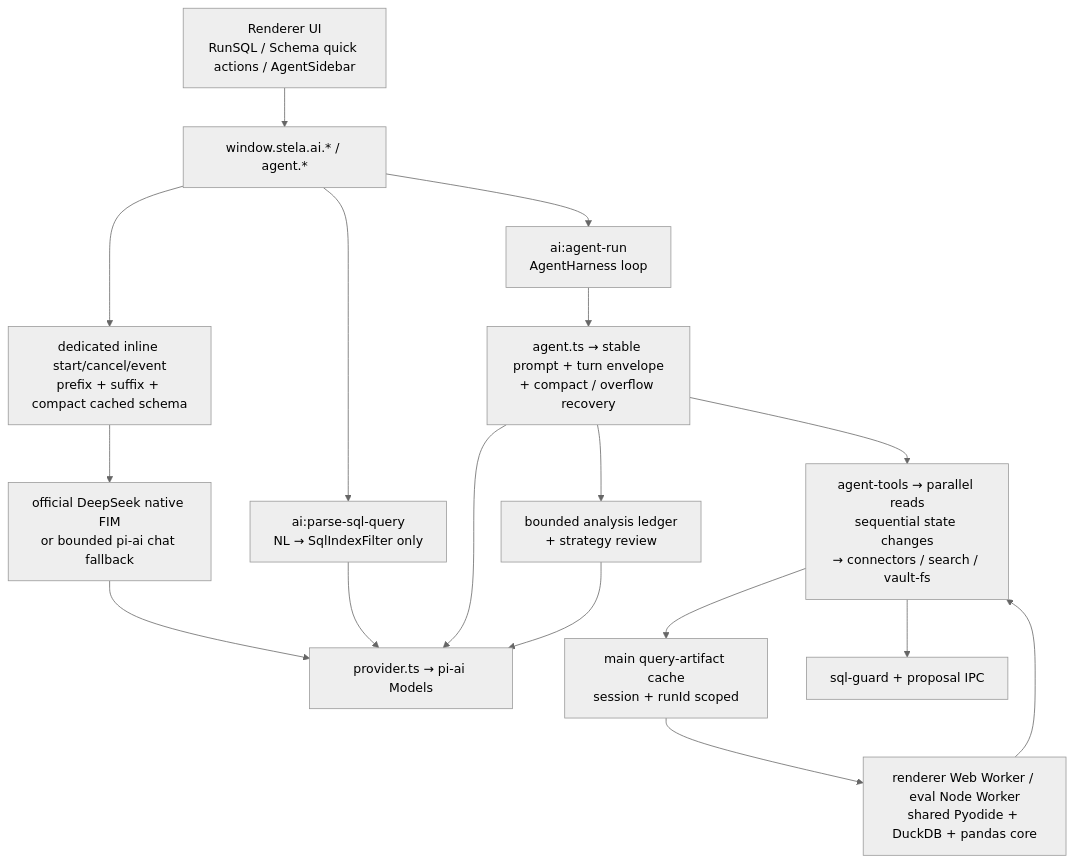
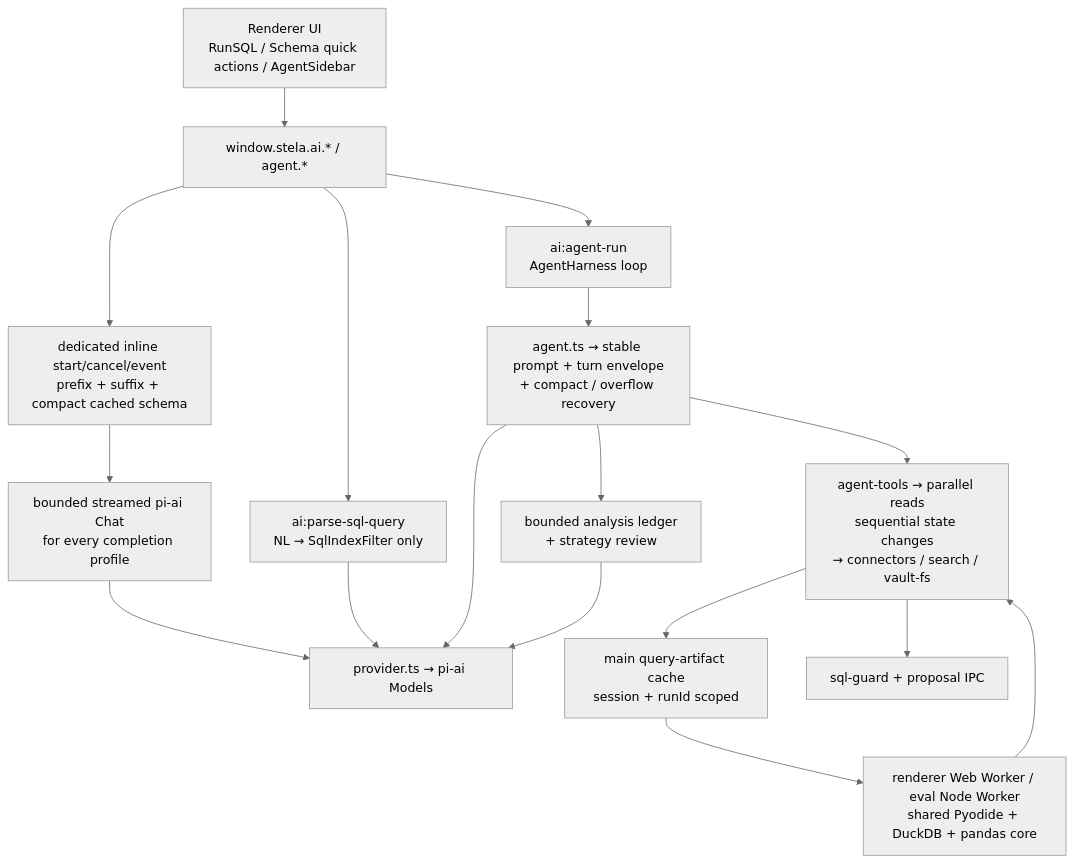
Before and after one commit to ay27/Stela: the second of 2 diagrams in docs/ARCHITECTURE.md, drawn with Mermaid (neutral theme). The commit also changed other lines of this file and 33 other files, not shown here.

````diff
--- a/docs/ARCHITECTURE.md
+++ b/docs/ARCHITECTURE.md
@@ -406,28 +406,28 @@
 ```mermaid
 flowchart TB
   UI["Renderer UI\nRunSQL / Schema quick actions / AgentSidebar"]
   PRE["window.stela.ai.* / agent.*"]
   INLINE["dedicated inline start/cancel/event\nprefix + suffix + compact cached schema"]
-  FIM["official DeepSeek native FIM\nor bounded pi-ai chat fallback"]
+  COMP["bounded streamed pi-ai Chat\nfor every completion profile"]
   PARSE["ai:parse-sql-query\nNL → SqlIndexFilter only"]
   AGENT["ai:agent-run\nAgentHarness loop"]
   PROV["provider.ts → pi-ai Models"]
   HARNESS["agent.ts → stable prompt + turn envelope\n+ compact / overflow recovery"]
   REVIEW["bounded analysis ledger\n+ strategy review"]
   TOOLS["agent-tools → parallel reads\nsequential state changes\n→ connectors / search / vault-fs"]
   ART["main query-artifact cache\nsession + runId scoped"]
   PY["renderer Web Worker / eval Node Worker\nshared Pyodide + DuckDB + pandas core"]
   GUARD["sql-guard + proposal IPC"]
 
   UI --> PRE
-  PRE --> INLINE --> FIM
-  FIM --> PROV
+  PRE --> INLINE --> COMP
+  COMP --> PROV
   PRE --> PARSE
   PRE --> AGENT
   PARSE --> PROV
   AGENT --> HARNESS --> PROV
   HARNESS --> TOOLS
   HARNESS --> REVIEW --> PROV
   TOOLS --> GUARD
   TOOLS --> ART --> PY --> TOOLS
 ```
````
